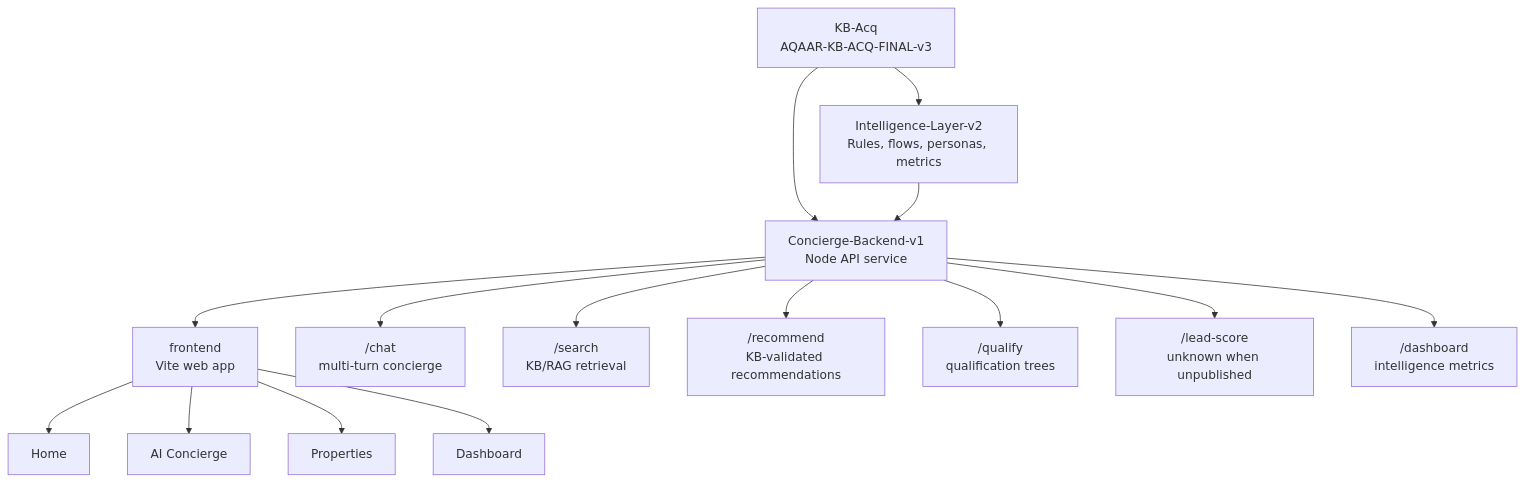
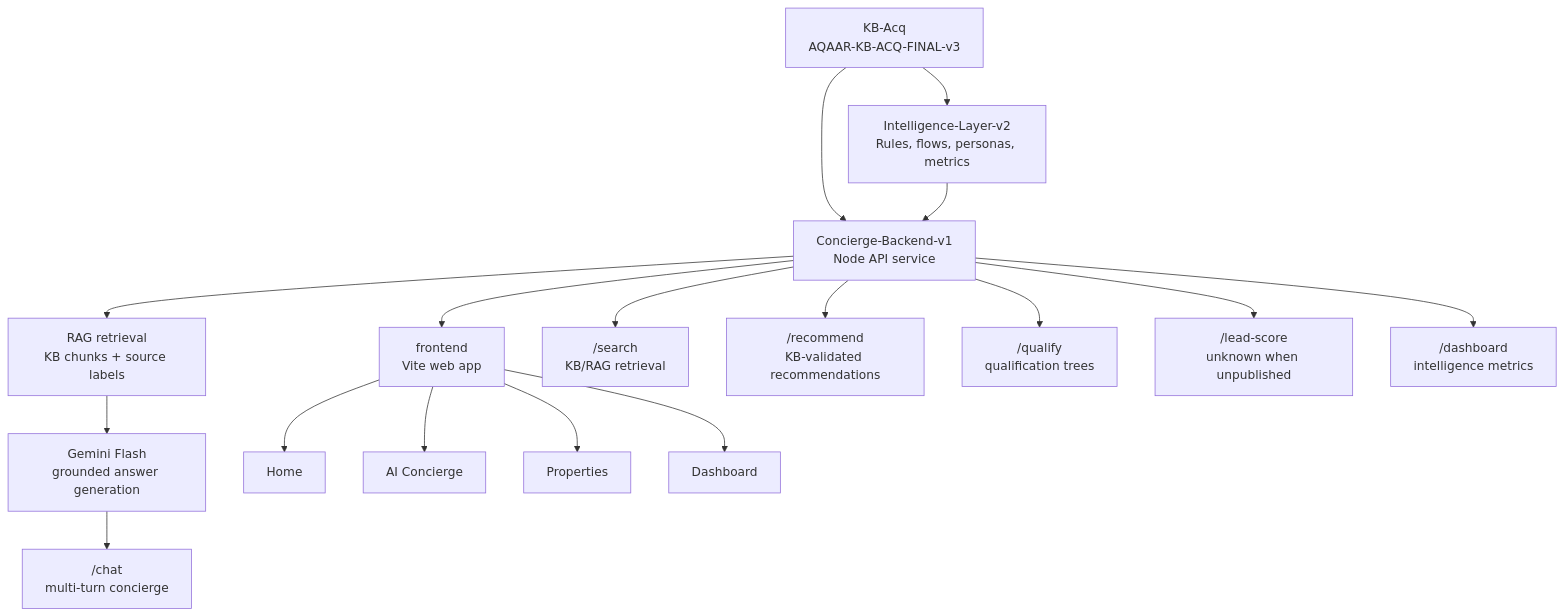
One commit to shirlz15/aqaar-ai-concierge changed the first of 2 diagrams in README.md. Above: the diagram before and after it, drawn with Mermaid. The commit also changed other lines of this file and 6 other files, not shown here.

Commit message:
Add Gemini grounded RAG chat

````diff
--- a/README.md
+++ b/README.md
@@ -63,17 +64,19 @@
 ```mermaid
 flowchart TD
     KB["KB-Acq<br/>AQAAR-KB-ACQ-FINAL-v3"] --> INT["Intelligence-Layer-v2<br/>Rules, flows, personas, metrics"]
     KB --> API["Concierge-Backend-v1<br/>Node API service"]
     INT --> API
     API --> UI["frontend<br/>Vite web app"]
-    API --> CHAT["/chat<br/>multi-turn concierge"]
+    API --> RAG["RAG retrieval<br/>KB chunks + source labels"]
+    RAG --> LLM["Gemini Flash<br/>grounded answer generation"]
+    LLM --> CHAT["/chat<br/>multi-turn concierge"]
     API --> SEARCH["/search<br/>KB/RAG retrieval"]
     API --> REC["/recommend<br/>KB-validated recommendations"]
     API --> QUAL["/qualify<br/>qualification trees"]
     API --> SCORE["/lead-score<br/>unknown when unpublished"]
     API --> DASH["/dashboard<br/>intelligence metrics"]
     UI --> HOME["Home"]
     UI --> CONCIERGE["AI Concierge"]
     UI --> PROPS["Properties"]
     UI --> ADMIN["Dashboard"]
 ```
````
